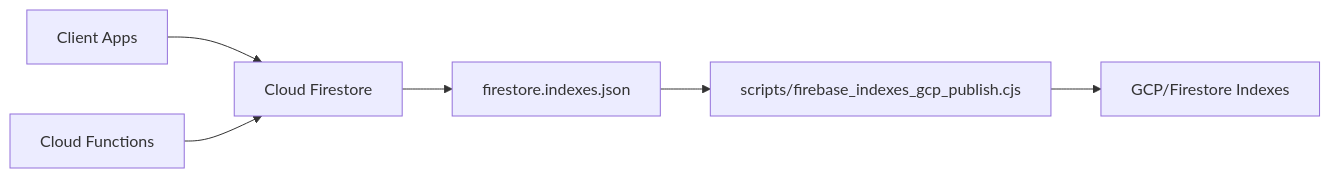
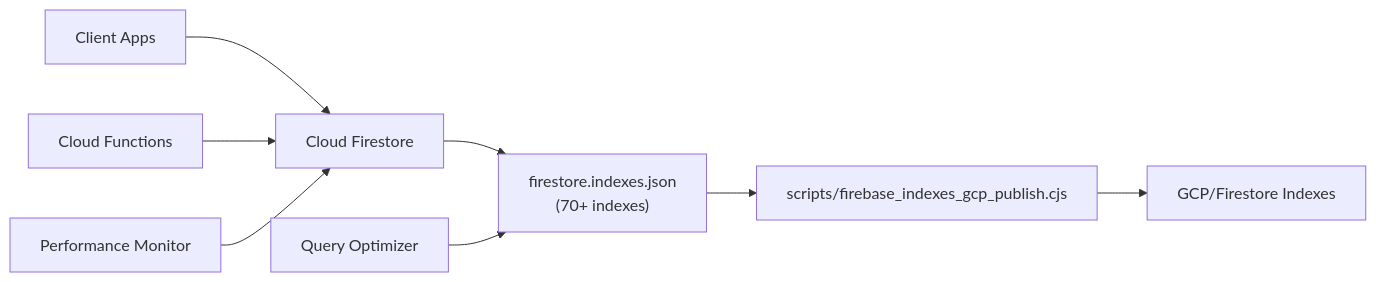
Before and after one commit to raihom-netizen/com.gestaoyahwehios.app: the third of 3 diagrams in .qoder/repowiki/en/content/Database Design & Schema/Indexing & Query Optimization.md, drawn with Mermaid. The commit also changed other lines of this file and 161 other files, not shown here.

````diff
--- a/.qoder/repowiki/en/content/Database Design & Schema/Indexing & Query Optimization.md
+++ b/.qoder/repowiki/en/content/Database Design & Schema/Indexing & Query Optimization.md
@@ -146,8 +164,10 @@
 ```mermaid
 graph LR
-IDX["firestore.indexes.json"] --> DEP["scripts/firebase_indexes_gcp_publish.cjs"]
+IDX["firestore.indexes.json<br/>(70+ indexes)"] --> DEP["scripts/firebase_indexes_gcp_publish.cjs"]
 DEP --> GCP["GCP/Firestore Indexes"]
 APP["Client Apps"] --> FS["Cloud Firestore"]
 FUN["Cloud Functions"] --> FS
 FS --> IDX
+OPT["Query Optimizer"] --> IDX
+MON["Performance Monitor"] --> FS
 ```
````
